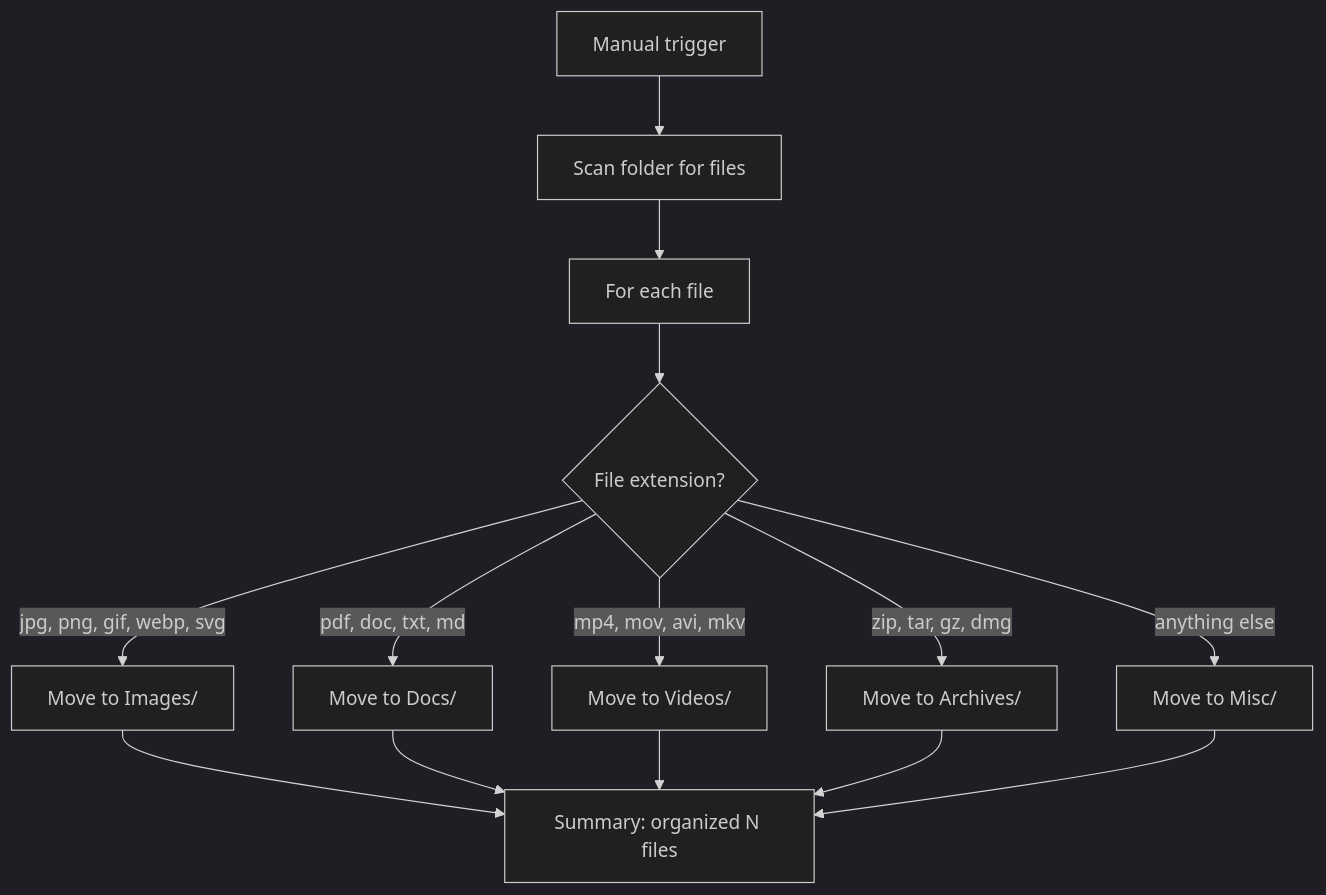
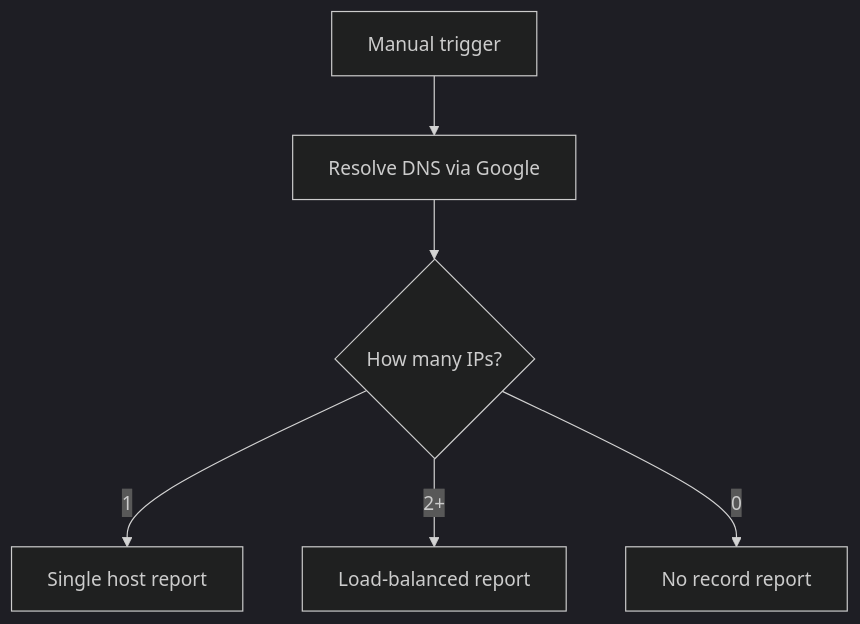
One commit to dali-benothmen/woml changed the diagram in README.md. Above: the diagram before and after it, drawn with Mermaid (dark theme). The commit also changed other lines of this file, not shown here.

First line of the commit message:
docs: replace Quick example with DNS lookup workflow

````diff
--- a/README.md
+++ b/README.md
@@ -191,16 +148,8 @@
 ```mermaid
 graph TD
-    A[Manual trigger] --> B[Scan folder for files]
-    B --> C[For each file]
-    C --> D{File extension?}
-    D -->|jpg, png, gif, webp, svg| E[Move to Images/]
-    D -->|pdf, doc, txt, md| F[Move to Docs/]
-    D -->|mp4, mov, avi, mkv| G[Move to Videos/]
-    D -->|zip, tar, gz, dmg| H[Move to Archives/]
-    D -->|anything else| I[Move to Misc/]
-    E --> J[Summary: organized N files]
-    F --> J
-    G --> J
-    H --> J
-    I --> J
+    A[Manual trigger] --> B[Resolve DNS via Google]
+    B --> C{How many IPs?}
+    C -->|1| D[Single host report]
+    C -->|2+| E[Load-balanced report]
+    C -->|0| F[No record report]
 ```
````
